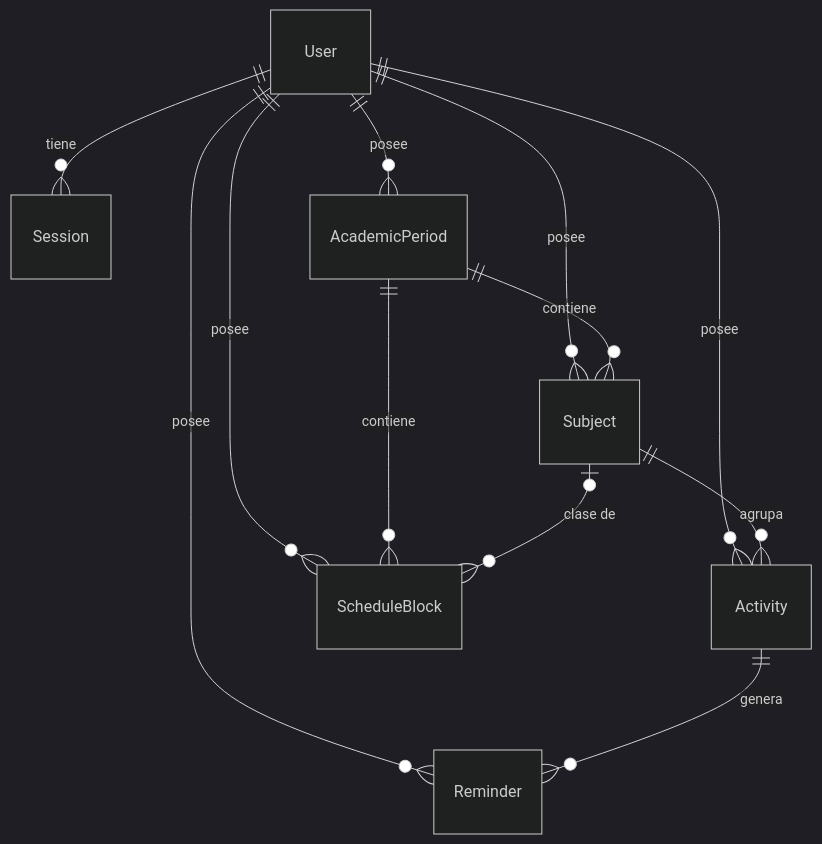
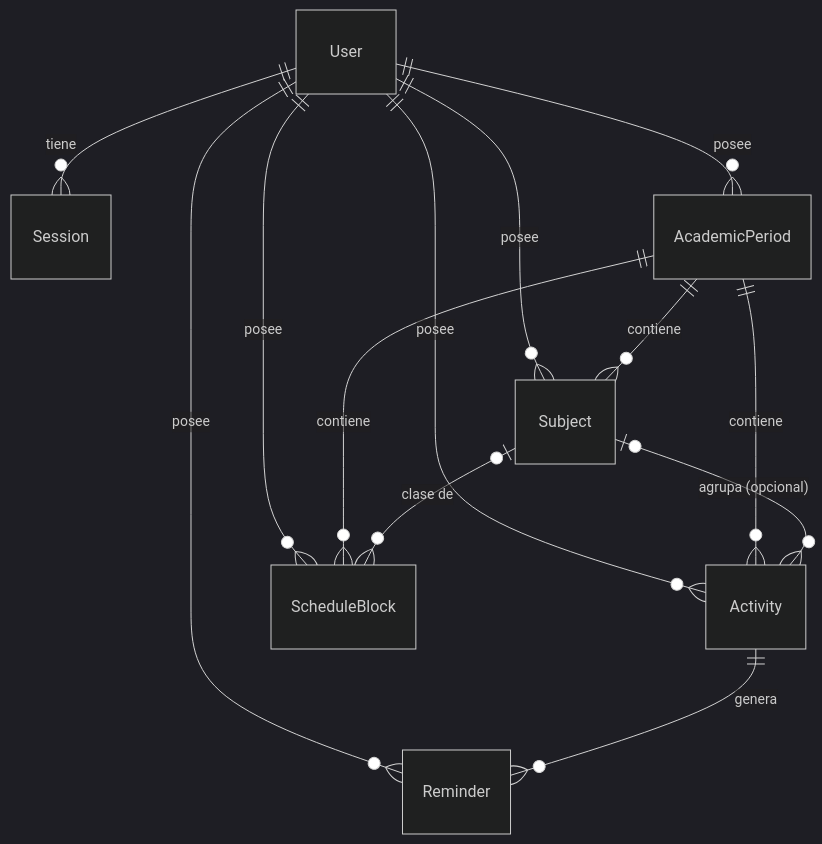
Before and after one commit to Maicolfelix/academic-planner: the diagram in docs/data-model.md, drawn with Mermaid (dark theme). The commit also changed other lines of this file and 56 other files, not shown here.

````diff
--- a/docs/data-model.md
+++ b/docs/data-model.md
@@ -7,14 +7,15 @@
 ```mermaid
 erDiagram
   User ||--o{ Session : tiene
   User ||--o{ AcademicPeriod : posee
   User ||--o{ Subject : posee
   User ||--o{ Activity : posee
   User ||--o{ ScheduleBlock : posee
   User ||--o{ Reminder : posee
   AcademicPeriod ||--o{ Subject : contiene
   AcademicPeriod ||--o{ ScheduleBlock : contiene
-  Subject ||--o{ Activity : agrupa
+  AcademicPeriod ||--o{ Activity : contiene
+  Subject |o--o{ Activity : "agrupa (opcional)"
   Subject |o--o{ ScheduleBlock : "clase de"
   Activity ||--o{ Reminder : genera
 ```
````
